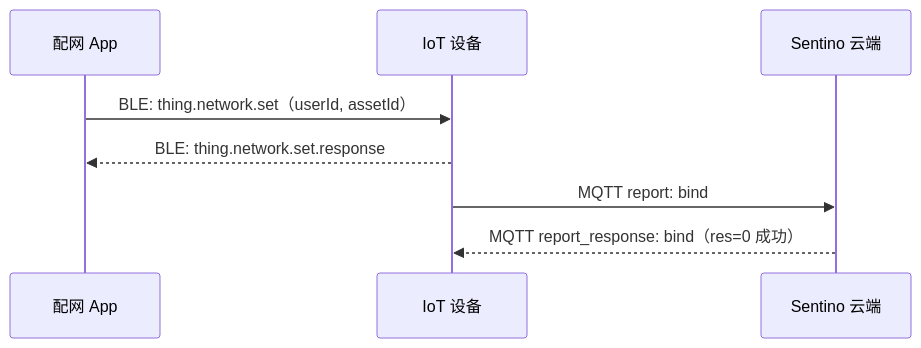
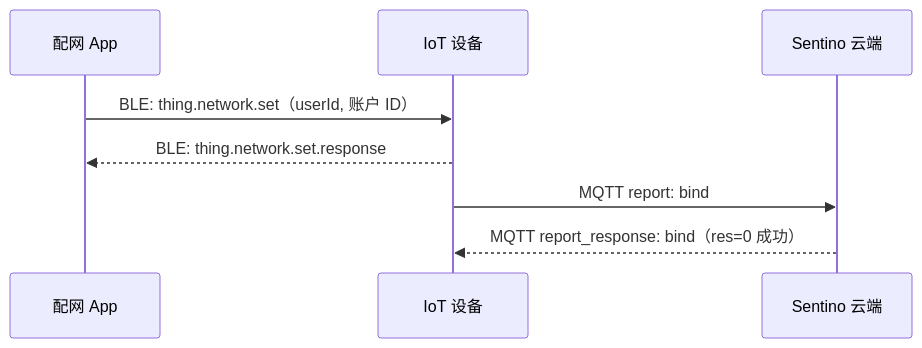
One commit to sentino-jp/iot-docs changed the second of 2 diagrams in guide-device.md. Above: the diagram before and after it, drawn with Mermaid. The commit also changed other lines of this file and 9 other files, not shown here.

````diff
--- a/guide-device.md
+++ b/guide-device.md
@@ -123,11 +123,11 @@
 ```mermaid
 sequenceDiagram
     participant App as 配网 App
     participant Device as IoT 设备
     participant Cloud as Sentino 云端
 
-    App->>Device: BLE: thing.network.set（userId, assetId）
+    App->>Device: BLE: thing.network.set（userId, 账户 ID）
     Device-->>App: BLE: thing.network.set.response
     Device->>Cloud: MQTT report: bind
     Cloud-->>Device: MQTT report_response: bind（res=0 成功）
 ```
````
